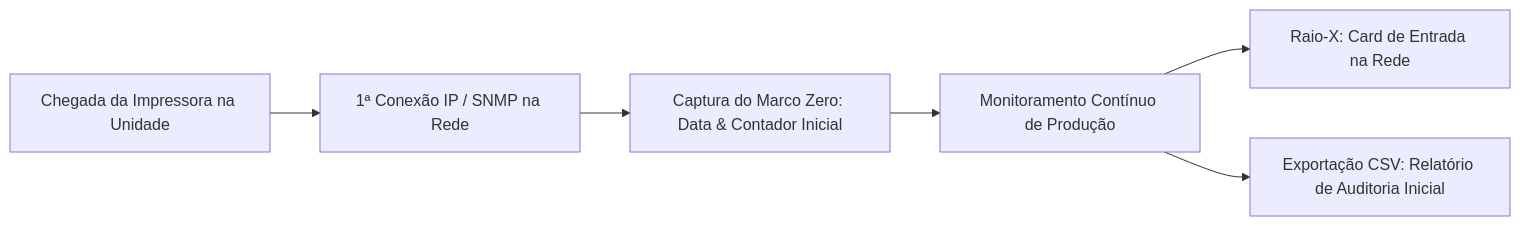
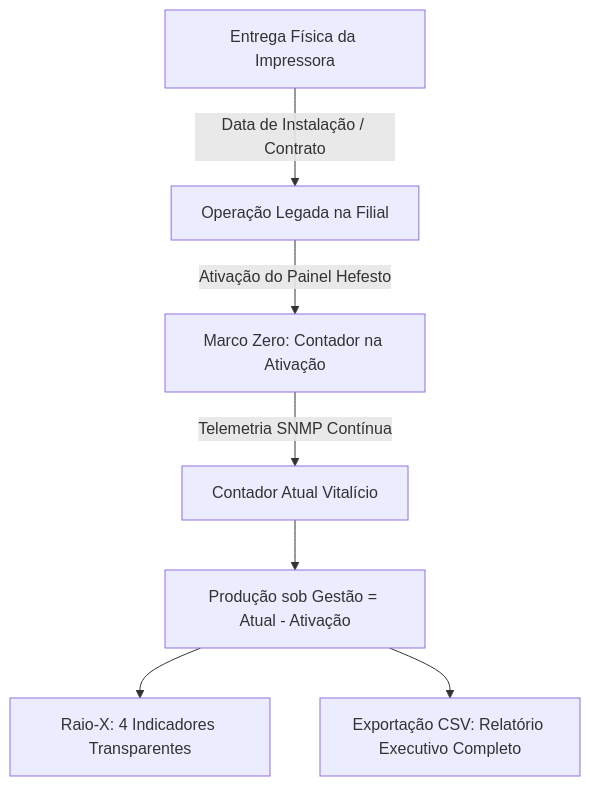
One commit to SaruAkaza/Hefesto-Print-Monitor changed the diagram in Relatório Histórico de Início na Rede.md. Above: the diagram before and after it, drawn with Mermaid. The commit also changed other lines of this file and 7 other files, not shown here.

````diff
--- a/Relatório Histórico de Início na Rede.md
+++ b/Relatório Histórico de Início na Rede.md
@@ -16,8 +19,9 @@
 ```mermaid
-flowchart LR
-    A[Chegada da Impressora na Unidade] --> B[1ª Conexão IP / SNMP na Rede]
-    B --> C[Captura do Marco Zero: Data & Contador Inicial]
-    C --> D[Monitoramento Contínuo de Produção]
-    D --> E[Raio-X: Card de Entrada na Rede]
-    D --> F[Exportação CSV: Relatório de Auditoria Inicial]
+flowchart TD
+    A[Entrega Física da Impressora] -->|Data de Instalação / Contrato| B[Operação Legada na Filial]
+    B -->|Ativação do Painel Hefesto| C[Marco Zero: Contador na Ativação]
+    C -->|Telemetria SNMP Contínua| D[Contador Atual Vitalício]
+    D --> E[Produção sob Gestão = Atual - Ativação]
+    E --> F[Raio-X: 4 Indicadores Transparentes]
+    E --> G[Exportação CSV: Relatório Executivo Completo]
 ```
````
